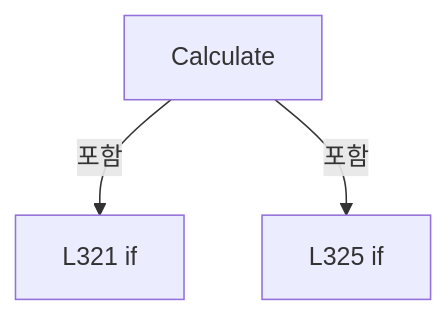
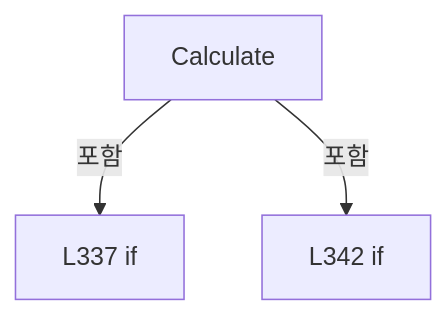
Diagram 13 of 22 in A3 LD Code Ref/files/Drilling.Common/Correction/CAlignInterpolation.cs.md (kjuws10-rgb/Shared), drawn with Mermaid before and after one commit. The commit also changed other lines of this file and 2071 other files, not shown here.

Commit message:
docs(a3): update 11.19.0 architecture and code reference

````diff
--- a/A3 LD Code Ref/files/Drilling.Common/Correction/CAlignInterpolation.cs.md
+++ b/A3 LD Code Ref/files/Drilling.Common/Correction/CAlignInterpolation.cs.md
@@ -2683,8 +2776,8 @@
 ```mermaid
 flowchart TD
  M["Calculate"]
- N0["L321 if"]
+ N0["L337 if"]
  M -->|포함| N0
- N1["L325 if"]
+ N1["L342 if"]
  M -->|포함| N1
 ```
````
